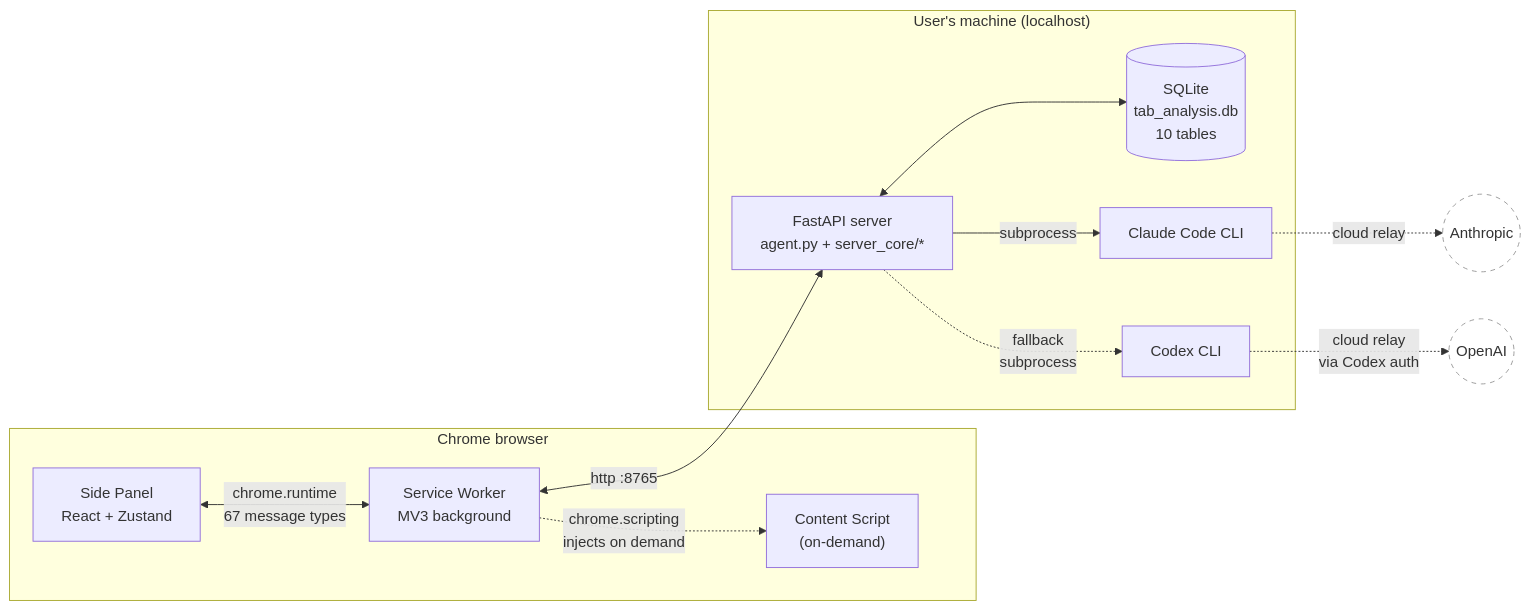
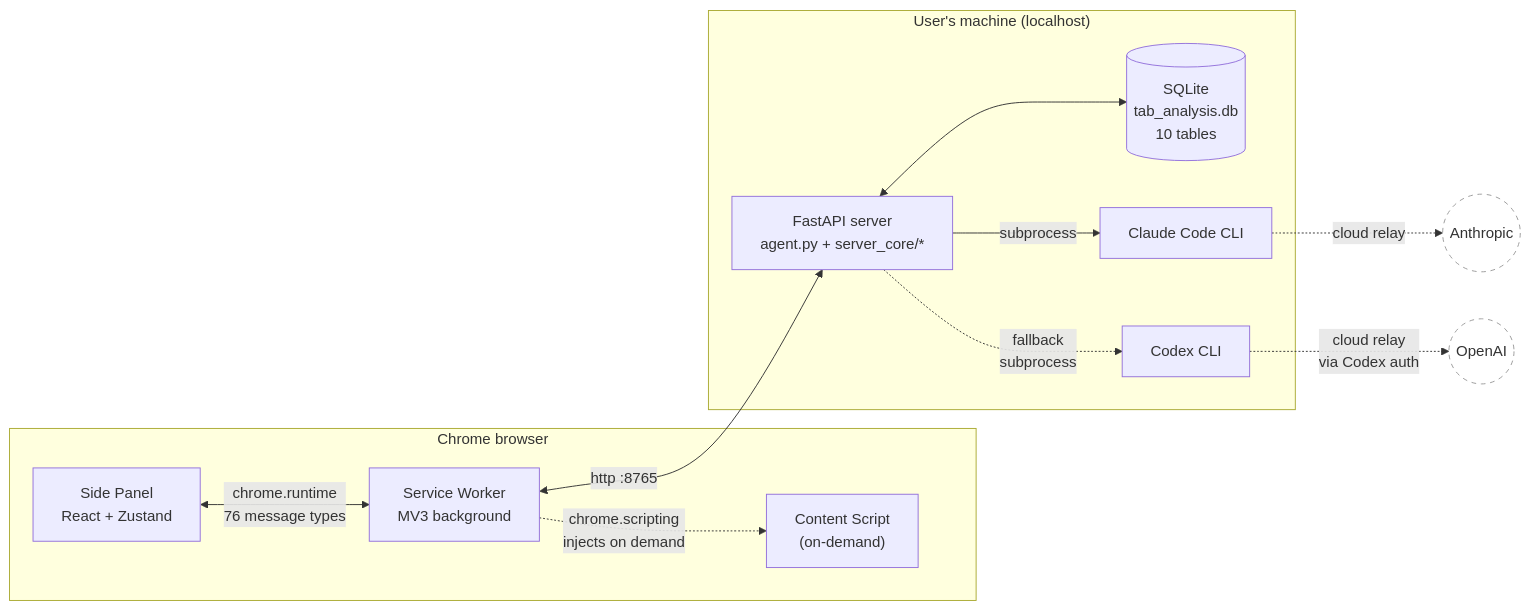
One commit to eiler2005/ai-tab-optimizer changed the first of 5 diagrams in docs/ARCHITECTURE.md. Above: the diagram before and after it, drawn with Mermaid. The commit also changed other lines of this file and 36 other files, not shown here.

````diff
--- a/docs/ARCHITECTURE.md
+++ b/docs/ARCHITECTURE.md
@@ -9,26 +9,26 @@
 ```mermaid
 flowchart LR
   subgraph Browser["Chrome browser"]
     SP["Side Panel<br/>React + Zustand"]
     SW["Service Worker<br/>MV3 background"]
     CS["Content Script<br/>(on-demand)"]
   end
 
   subgraph LocalMachine["User's machine (localhost)"]
     SRV["FastAPI server<br/>agent.py + server_core/*"]
     DB[("SQLite<br/>tab_analysis.db<br/>10 tables")]
     CCC["Claude Code CLI"]
     COX["Codex CLI"]
   end
 
-  SP <--> |chrome.runtime<br/>67 message types| SW
+  SP <--> |chrome.runtime<br/>76 message types| SW
   SW <--> |http :8765| SRV
   SW -.-> |chrome.scripting<br/>injects on demand| CS
   SRV <--> DB
   SRV --> |subprocess| CCC
   SRV -.-> |fallback<br/>subprocess| COX
   COX -. cloud relay<br/>via Codex auth .-> Cloud(("OpenAI")):::cloud
   CCC -. cloud relay .-> Anthropic(("Anthropic")):::cloud
 
   classDef cloud fill:#fff,stroke:#999,stroke-dasharray: 5 5;
 ```
````
